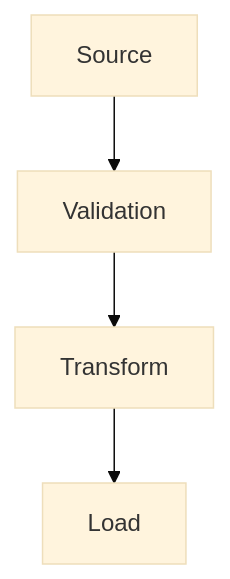
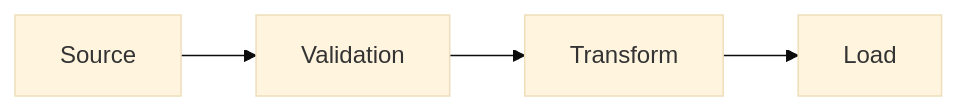
The diagram in Technical Guideline Ops/Fabric Best-Practices/Data Pipeline Patterns.md (PlainsightPro/Vision-Playbook), drawn with Mermaid before and after one commit. The commit also changed 2 other files, not shown here.

Commit message:
Update Data Pipeline Patterns and Lakehouse Architecture documentation; add explicit layering approach for Medallion architecture

````diff
--- a/Technical Guideline Ops/Fabric Best-Practices/Data Pipeline Patterns.md
+++ b/Technical Guideline Ops/Fabric Best-Practices/Data Pipeline Patterns.md
@@ -10,7 +10,7 @@
 ```mermaid
 %%{init: { "flowchart": { "useMaxWidth": true, "curve": "basis" }, "theme": "base" } }%%
-flowchart TD
+flowchart LR
     Source --> Validate[Validation]
     Validate --> Transform[Transform]
     Transform --> Load[Load]
 ```
````
